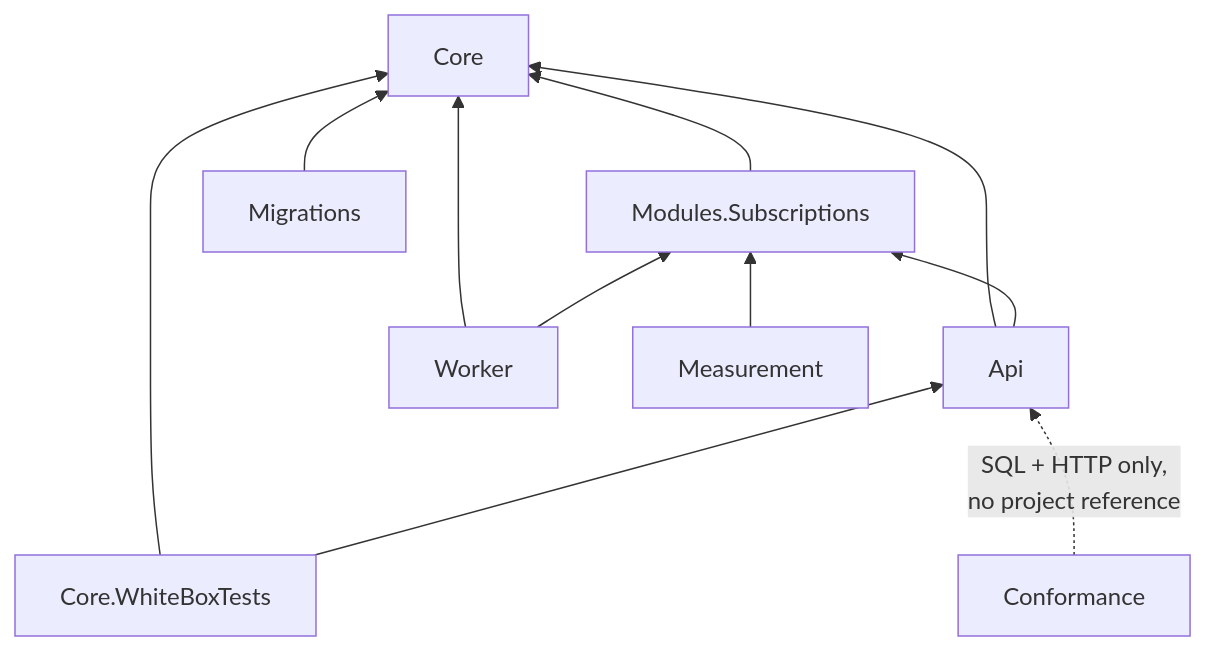
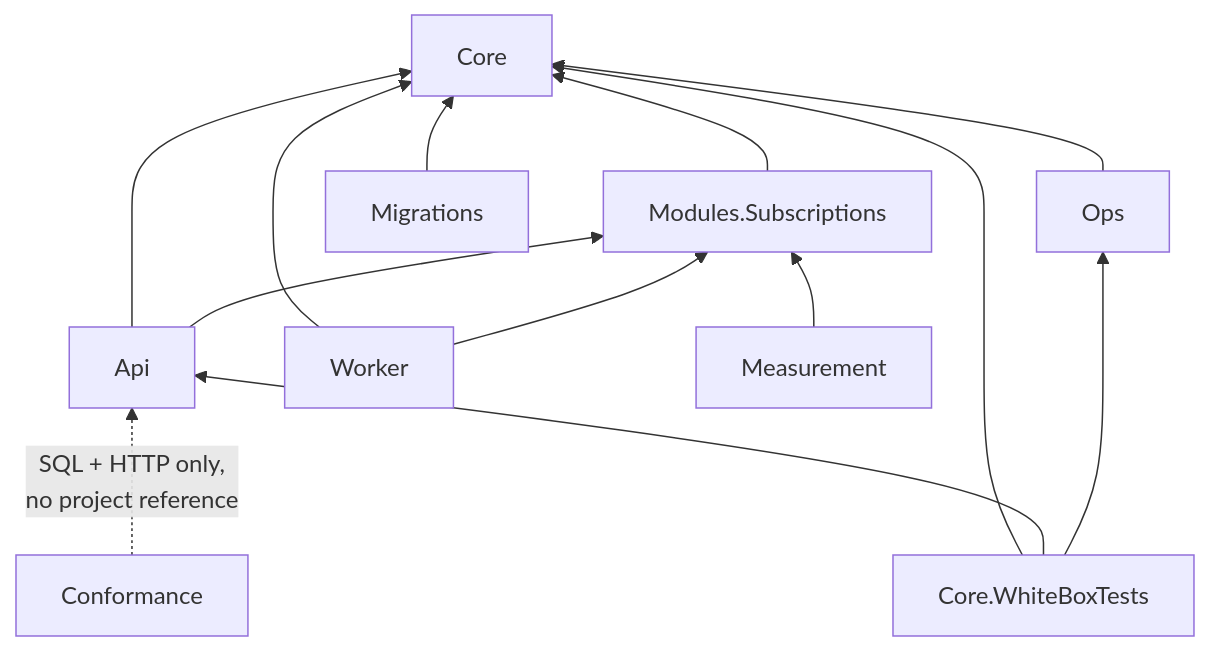
The second of 4 diagrams in docs/DEVELOPER_GUIDE.md (omarqatu/platform-core), drawn with Mermaid before and after one commit. The commit also changed other lines of this file and 24 other files, not shown here.

````diff
--- a/docs/DEVELOPER_GUIDE.md
+++ b/docs/DEVELOPER_GUIDE.md
@@ -243,14 +245,16 @@
 ```mermaid
 flowchart BT
   Core
   Mod[Modules.Subscriptions] --> Core
   Api --> Core
   Api --> Mod
   Worker --> Core
   Worker --> Mod
+  Ops --> Core
   Migrations --> Core
   WB[Core.WhiteBoxTests] --> Core
   WB --> Api
+  WB --> Ops
   Meas[Measurement] --> Mod
   Conf[Conformance] -. "SQL + HTTP only,<br/>no project reference" .-> Api
 ```
````
